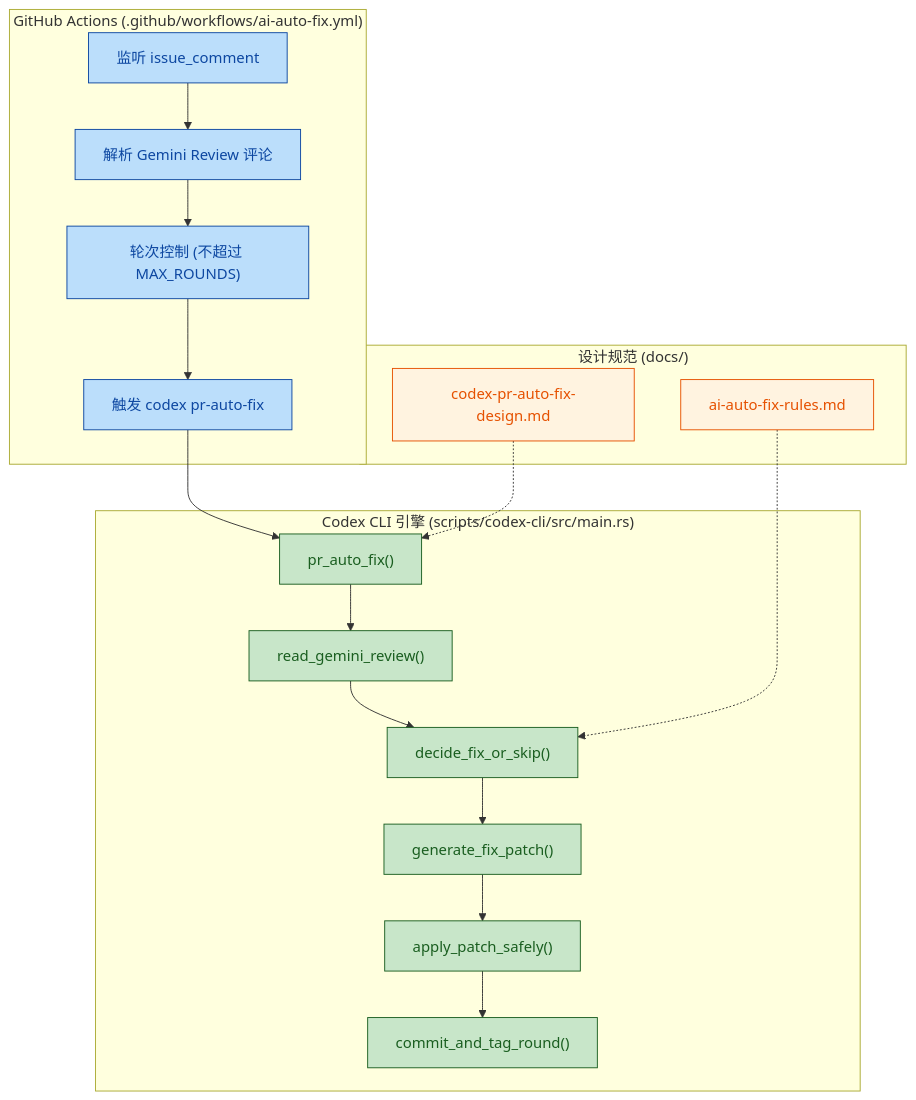
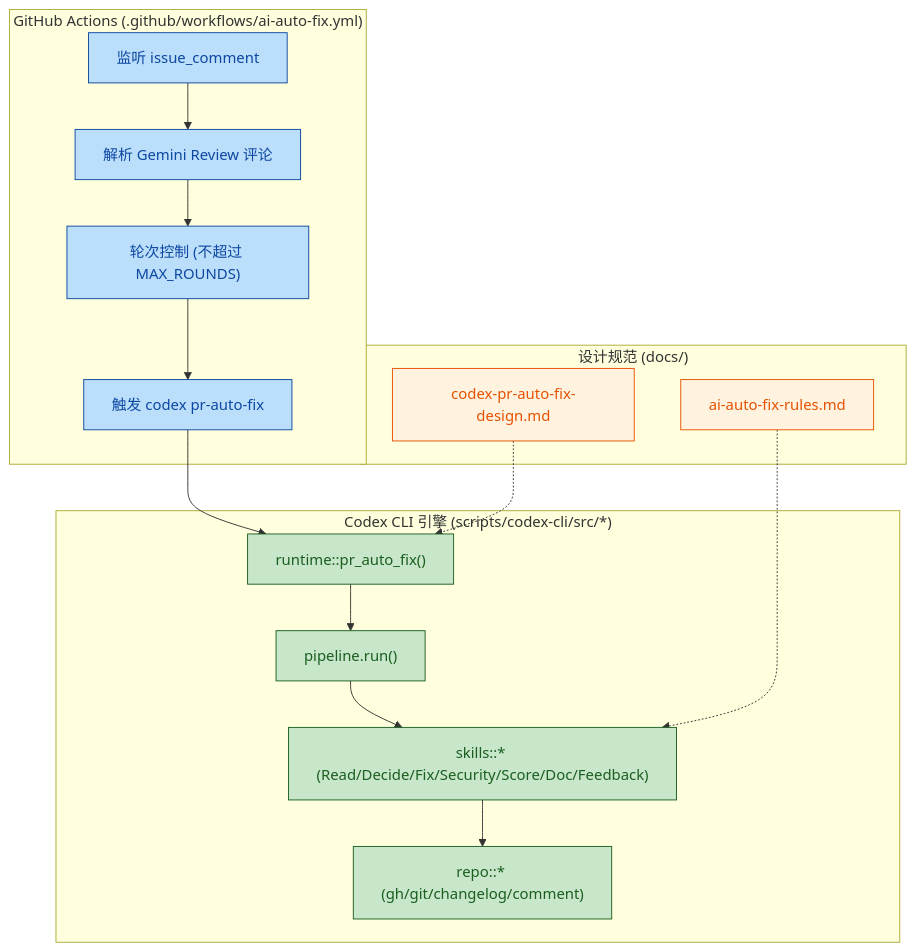
One commit to peanutDD/NexusVault changed the diagram in docs/design-docs/auto-review.md. Above: the diagram before and after it, drawn with Mermaid. The commit also changed other lines of this file and 14 other files, not shown here.

First line of the commit message:
refactor(codex-cli): 重构为模块化架构并添加技能编排框架

````diff
--- a/docs/design-docs/auto-review.md
+++ b/docs/design-docs/auto-review.md
@@ -11,26 +11,24 @@
 ```mermaid
 graph TD
     classDef action fill:#bbdefb,stroke:#0d47a1,color:#0d47a1
     classDef script fill:#c8e6c9,stroke:#1a5e20,color:#1a5e20
     classDef doc fill:#fff3e0,stroke:#e65100,color:#e65100
 
     subgraph Actions ["GitHub Actions (.github/workflows/ai-auto-fix.yml)"]
         A["监听 issue_comment"]:::action --> B["解析 Gemini Review 评论"]:::action
         B --> C["轮次控制 (不超过 MAX_ROUNDS)"]:::action
         C --> D["触发 codex pr-auto-fix"]:::action
     end
 
-    subgraph CLI ["Codex CLI 引擎 (scripts/codex-cli/src/main.rs)"]
-        D --> E["pr_auto_fix()"]:::script
-        E --> F["read_gemini_review()"]:::script
-        F --> G["decide_fix_or_skip()"]:::script
-        G --> H["generate_fix_patch()"]:::script
-        H --> I["apply_patch_safely()"]:::script
-        I --> J["commit_and_tag_round()"]:::script
+    subgraph CLI ["Codex CLI 引擎 (scripts/codex-cli/src/*)"]
+        D --> E["runtime::pr_auto_fix()"]:::script
+        E --> F["pipeline.run()"]:::script
+        F --> G["skills::* (Read/Decide/Fix/Security/Score/Doc/Feedback)"]:::script
+        G --> H["repo::* (gh/git/changelog/comment)"]:::script
     end
 
     subgraph Docs ["设计规范 (docs/)"]
         K["ai-auto-fix-rules.md"]:::doc -.-> G
         L["codex-pr-auto-fix-design.md"]:::doc -.-> E
     end
 ```
````
